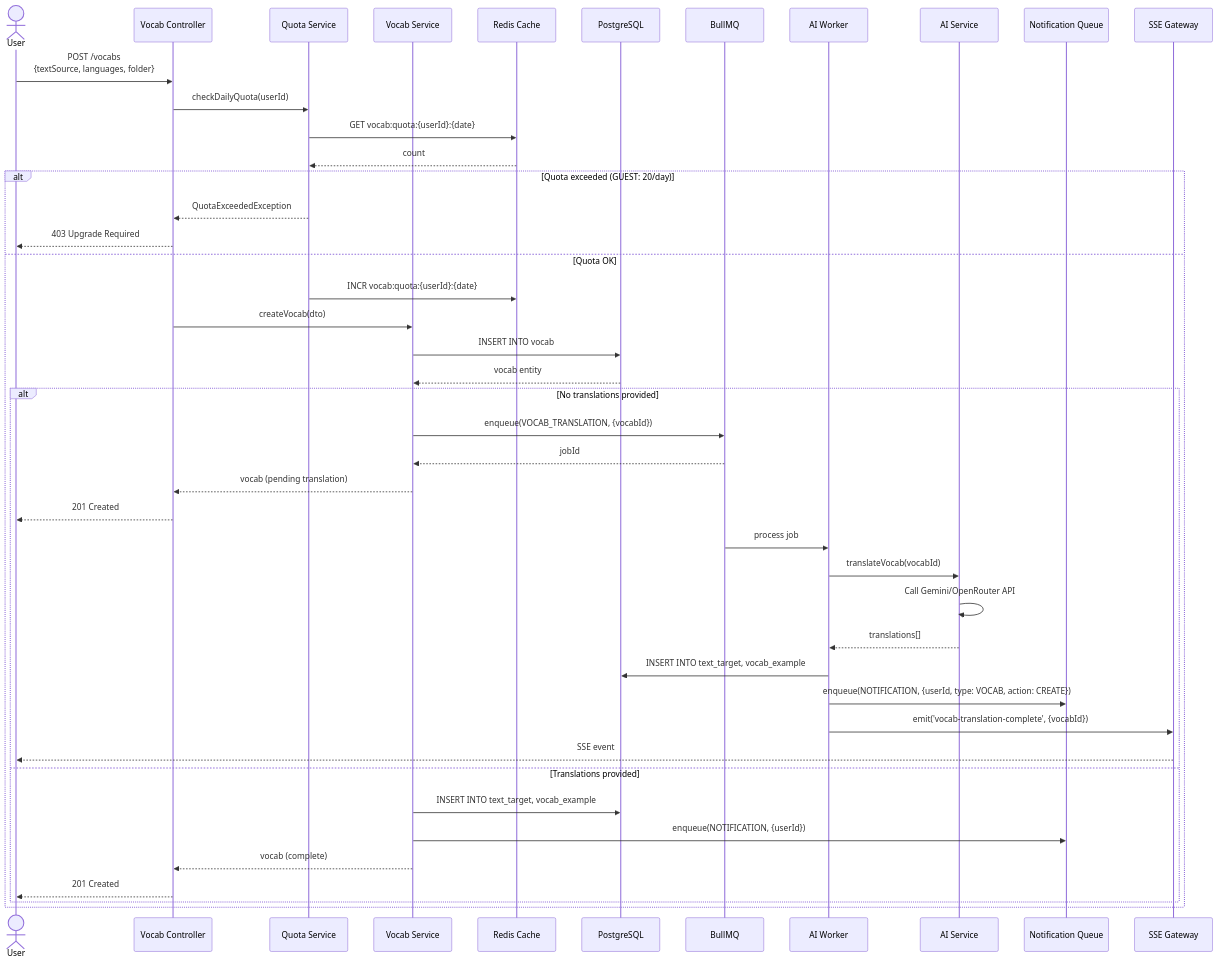
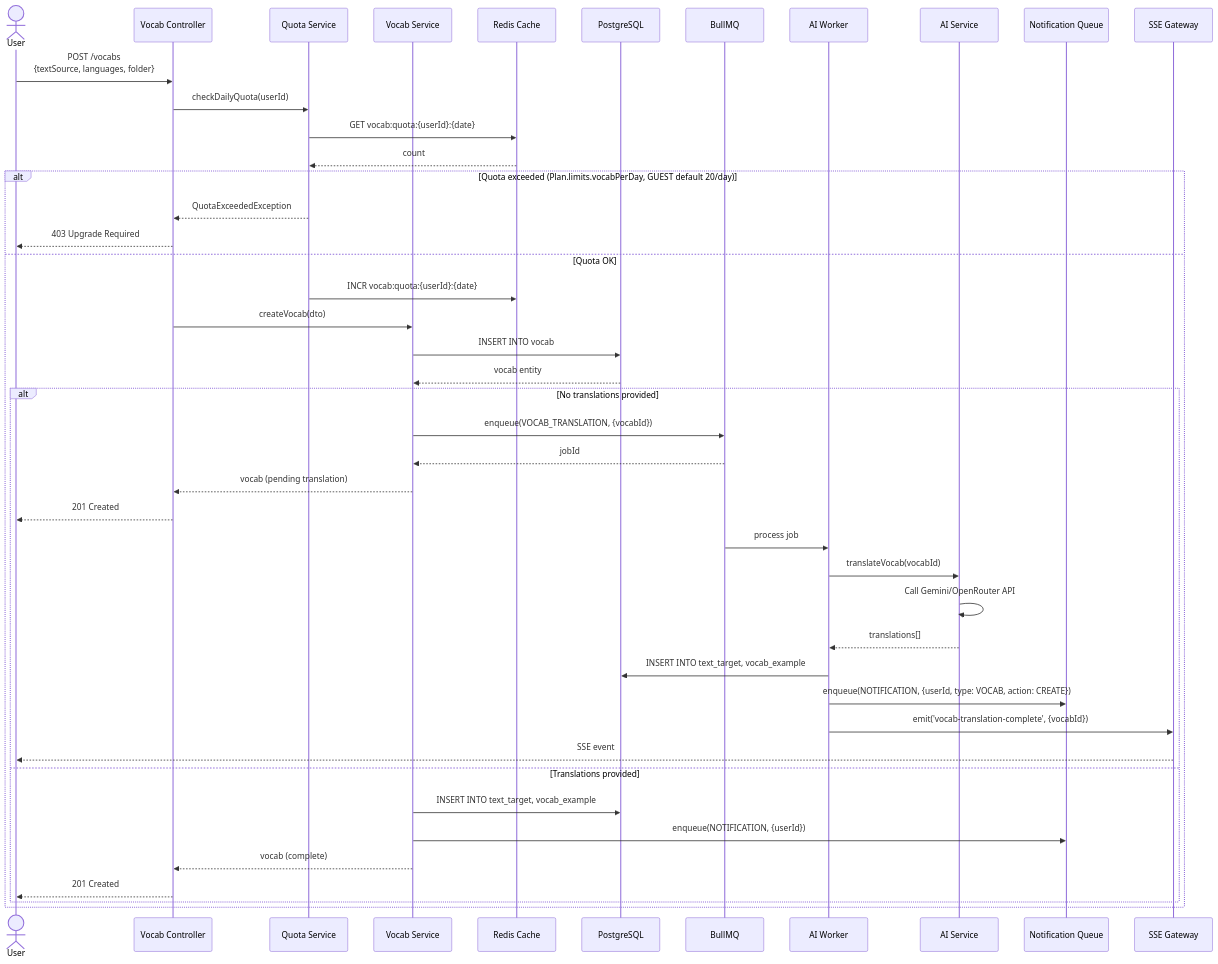
Before and after one commit to ngocxxu/vocab-management-be-2: the fourth of 7 diagrams in docs/architecture.md, drawn with Mermaid. The commit also changed other lines of this file and 11 other files, not shown here.

Commit message:
feat: enhance plan limits management with validation and utility functions

````diff
--- a/docs/architecture.md
+++ b/docs/architecture.md
@@ -633,50 +633,50 @@
 ```mermaid
 sequenceDiagram
     actor User
     participant API as Vocab Controller
     participant QuotaSvc as Quota Service
     participant VocabSvc as Vocab Service
     participant Redis as Redis Cache
     participant DB as PostgreSQL
     participant Queue as BullMQ
     participant AIWorker as AI Worker
     participant AISvc as AI Service
     participant NotifQueue as Notification Queue
     participant SSE as SSE Gateway
 
     User->>API: POST /vocabs<br/>{textSource, languages, folder}
     API->>QuotaSvc: checkDailyQuota(userId)
     QuotaSvc->>Redis: GET vocab:quota:{userId}:{date}
     Redis-->>QuotaSvc: count
 
-    alt Quota exceeded (GUEST: 20/day)
+    alt Quota exceeded (Plan.limits.vocabPerDay, GUEST default 20/day)
         QuotaSvc-->>API: QuotaExceededException
         API-->>User: 403 Upgrade Required
     else Quota OK
         QuotaSvc->>Redis: INCR vocab:quota:{userId}:{date}
         API->>VocabSvc: createVocab(dto)
         VocabSvc->>DB: INSERT INTO vocab
         DB-->>VocabSvc: vocab entity
 
         alt No translations provided
             VocabSvc->>Queue: enqueue(VOCAB_TRANSLATION, {vocabId})
             Queue-->>VocabSvc: jobId
             VocabSvc-->>API: vocab (pending translation)
             API-->>User: 201 Created
 
             Queue->>AIWorker: process job
             AIWorker->>AISvc: translateVocab(vocabId)
             AISvc->>AISvc: Call Gemini/OpenRouter API
             AISvc-->>AIWorker: translations[]
             AIWorker->>DB: INSERT INTO text_target, vocab_example
             AIWorker->>NotifQueue: enqueue(NOTIFICATION, {userId, type: VOCAB, action: CREATE})
             AIWorker->>SSE: emit('vocab-translation-complete', {vocabId})
             SSE-->>User: SSE event
         else Translations provided
             VocabSvc->>DB: INSERT INTO text_target, vocab_example
             VocabSvc->>NotifQueue: enqueue(NOTIFICATION, {userId})
             VocabSvc-->>API: vocab (complete)
             API-->>User: 201 Created
         end
     end
 ```
````
